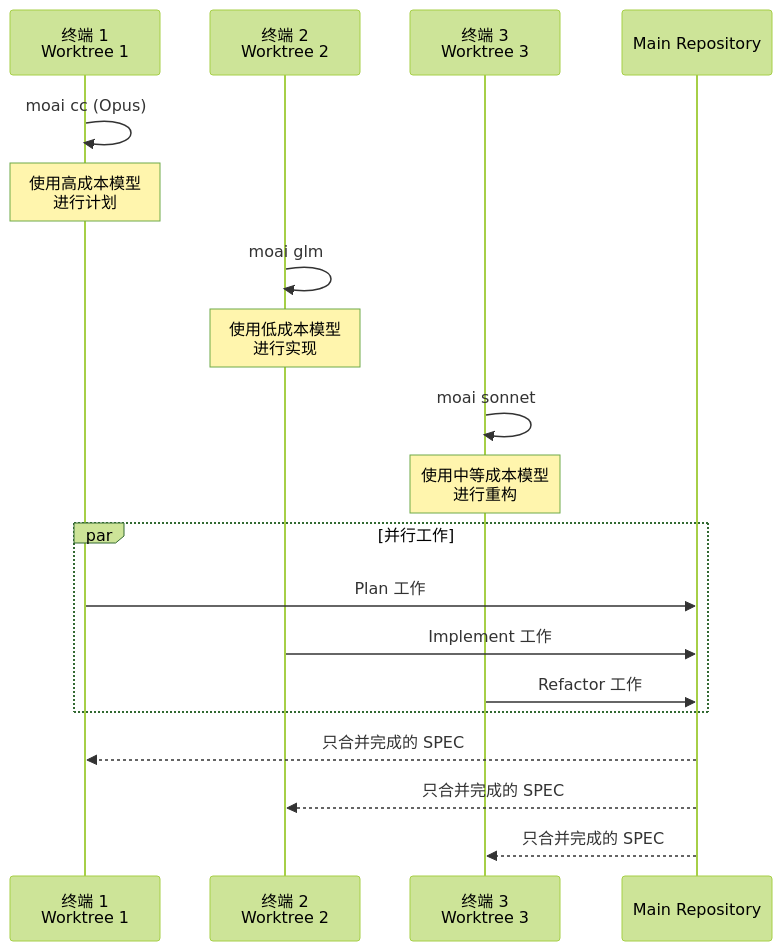
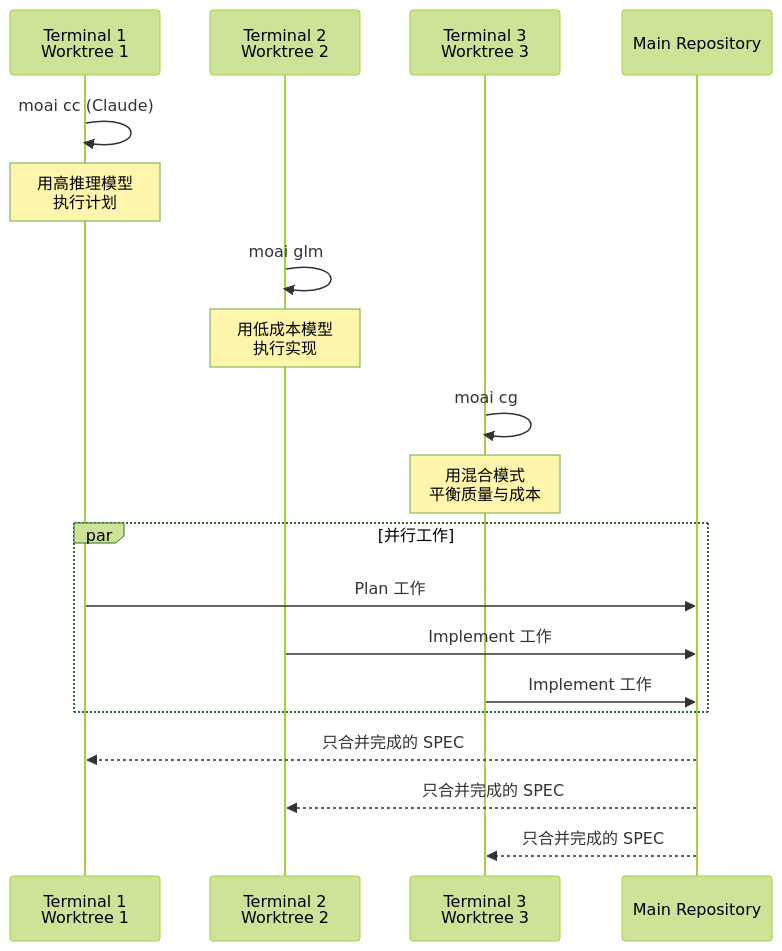
One commit to modu-ai/moai-adk changed the fourth of 6 diagrams in docs-site/content/zh/worktree/_index.md. Above: the diagram before and after it, drawn with Mermaid (forest theme). The commit also changed other lines of this file and 395 other files, not shown here.

````diff
--- a/docs-site/content/zh/worktree/_index.md
+++ b/docs-site/content/zh/worktree/_index.md
@@ -169,26 +179,26 @@
 ```mermaid
 sequenceDiagram
-    participant T1 as 终端 1<br/>Worktree 1
-    participant T2 as 终端 2<br/>Worktree 2
-    participant T3 as 终端 3<br/>Worktree 3
+    participant T1 as Terminal 1<br/>Worktree 1
+    participant T2 as Terminal 2<br/>Worktree 2
+    participant T3 as Terminal 3<br/>Worktree 3
     participant Main as Main Repository
 
-    T1->>T1: moai cc (Opus)
-    Note over T1: 使用高成本模型<br/>进行计划
+    T1->>T1: moai cc (Claude)
+    Note over T1: 用高推理模型<br/>执行计划
 
     T2->>T2: moai glm
-    Note over T2: 使用低成本模型<br/>进行实现
+    Note over T2: 用低成本模型<br/>执行实现
 
-    T3->>T3: moai sonnet
-    Note over T3: 使用中等成本模型<br/>进行重构
+    T3->>T3: moai cg
+    Note over T3: 用混合模式<br/>平衡质量与成本
 
     par 并行工作
         T1->>Main: Plan 工作
         T2->>Main: Implement 工作
-        T3->>Main: Refactor 工作
+        T3->>Main: Implement 工作
     end
 
     Main-->>T1: 只合并完成的 SPEC
     Main-->>T2: 只合并完成的 SPEC
     Main-->>T3: 只合并完成的 SPEC
 ```
````
